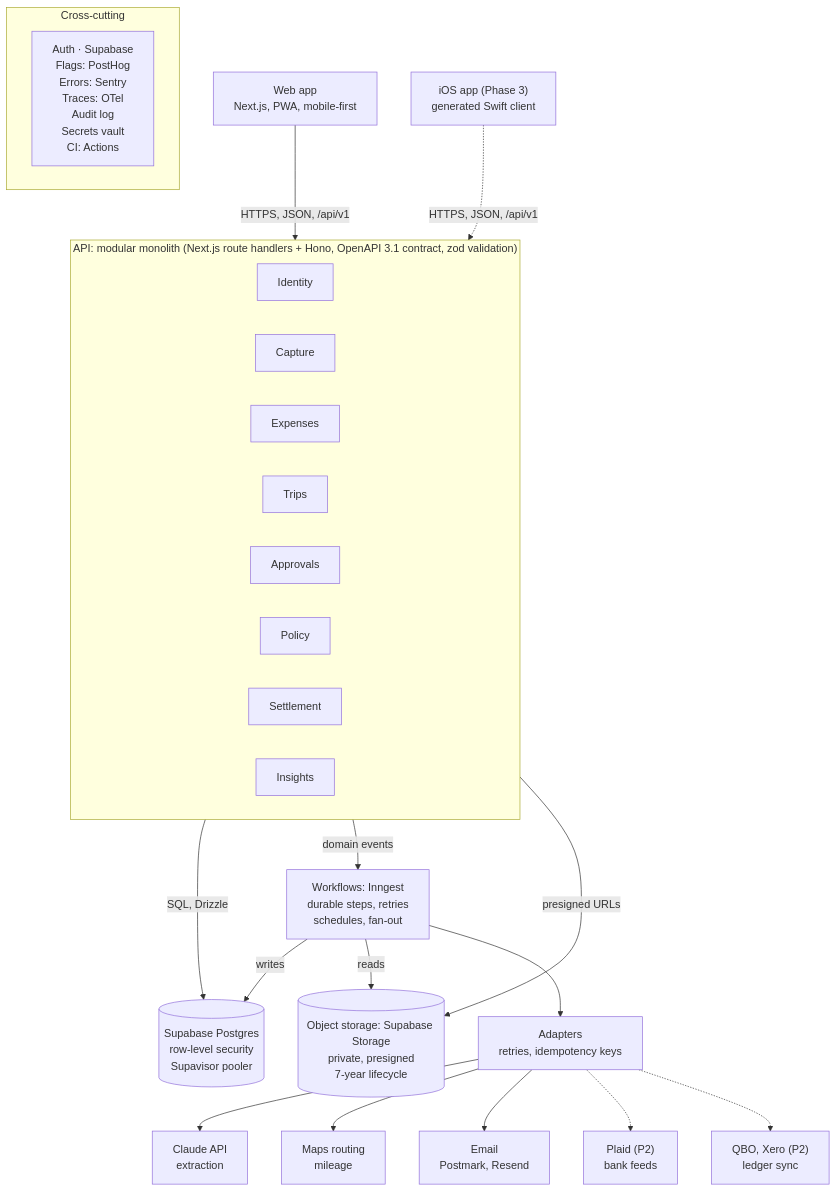
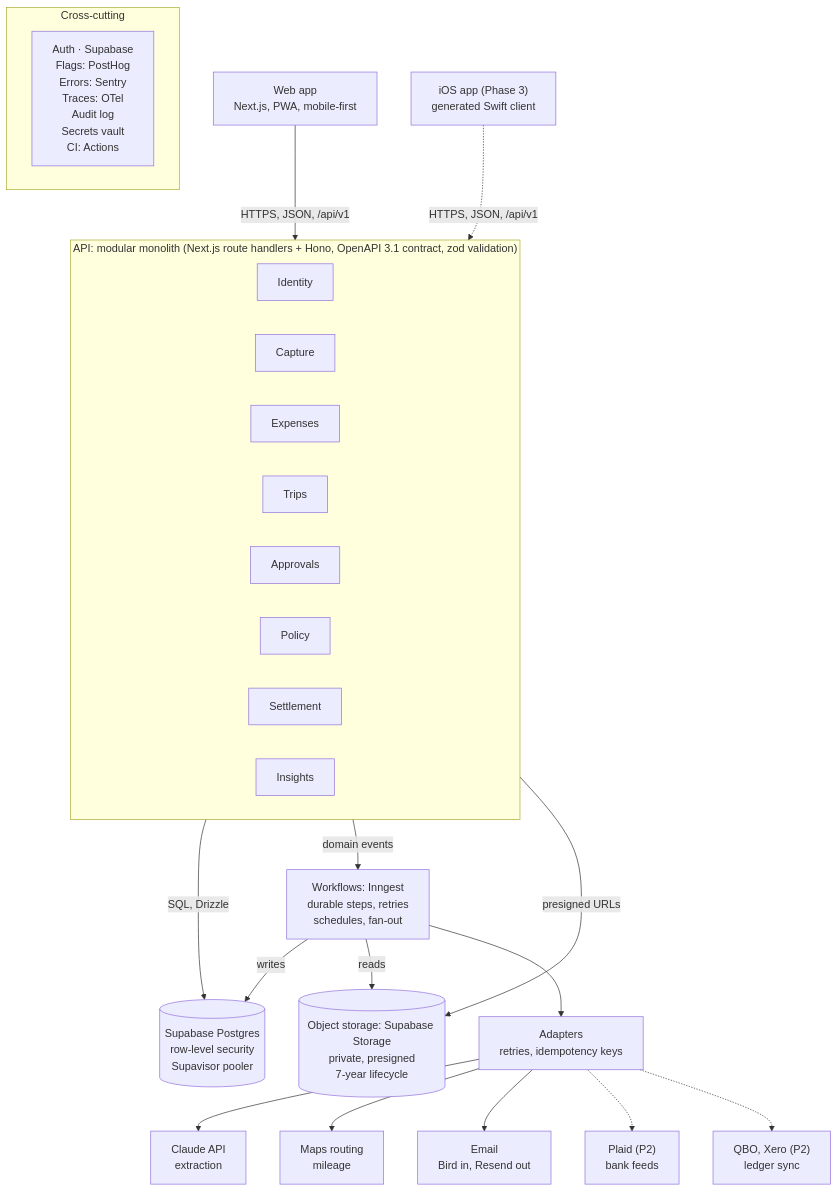
The second of 6 diagrams in docs/05-architecture.md (mronan83/ExpenseWise), drawn with Mermaid before and after one commit. The commit also changed other lines of this file and 10 other files, not shown here.

First line of the commit message:
chore(records): previews hold no production credentials; email-in through Bird (#39)

````diff
--- a/docs/05-architecture.md
+++ b/docs/05-architecture.md
@@ -65,41 +65,41 @@
 ```mermaid
 flowchart TB
     WEB["Web app<br/>Next.js, PWA, mobile-first"]
     IOS["iOS app (Phase 3)<br/>generated Swift client"]
     subgraph API["API: modular monolith (Next.js route handlers + Hono, OpenAPI 3.1 contract, zod validation)"]
         direction LR
         M1["Identity"]
         M2["Capture"]
         M3["Expenses"]
         M4["Trips"]
         M5["Approvals"]
         M6["Policy"]
         M7["Settlement"]
         M8["Insights"]
     end
     PG[("Supabase Postgres<br/>row-level security<br/>Supavisor pooler")]
     WF["Workflows: Inngest<br/>durable steps, retries<br/>schedules, fan-out"]
     OBJ[("Object storage: Supabase Storage<br/>private, presigned<br/>7-year lifecycle")]
     ADP["Adapters<br/>retries, idempotency keys"]
     CL["Claude API<br/>extraction"]
     MAPS["Maps routing<br/>mileage"]
-    MAIL["Email<br/>Postmark, Resend"]
+    MAIL["Email<br/>Bird in, Resend out"]
     PLAID["Plaid (P2)<br/>bank feeds"]
     LEDGER["QBO, Xero (P2)<br/>ledger sync"]
     subgraph XC["Cross-cutting"]
         XCL["Auth · Supabase<br/>Flags: PostHog<br/>Errors: Sentry<br/>Traces: OTel<br/>Audit log<br/>Secrets vault<br/>CI: Actions"]
     end
     WEB -->|"HTTPS, JSON, /api/v1"| API
     IOS -.->|"HTTPS, JSON, /api/v1"| API
     API -->|"SQL, Drizzle"| PG
     API -->|"domain events"| WF
     API -->|"presigned URLs"| OBJ
     WF -->|"writes"| PG
     WF -->|"reads"| OBJ
     WF --> ADP
     ADP --> CL
     ADP --> MAPS
     ADP --> MAIL
     ADP -.-> PLAID
     ADP -.-> LEDGER
 ```
````
